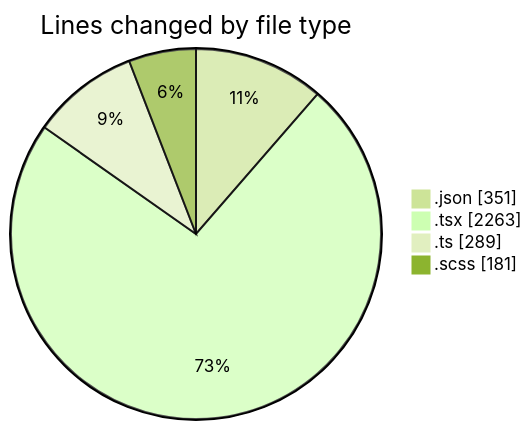
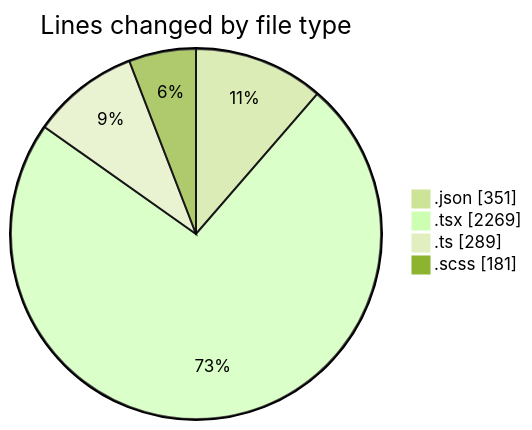
One commit to momahboobian/code-tracking changed the first of 2 diagrams in 2026-04-22/cda/README.md. Above: the diagram before and after it, drawn with Mermaid (forest theme). The commit also changed other lines of this file and 1 other file, not shown here.

````diff
--- a/2026-04-22/cda/README.md
+++ b/2026-04-22/cda/README.md
@@ -44,8 +44,8 @@
 ```mermaid
 pie showData
 title Lines changed by file type
 ".json" : 351
-".tsx" : 2263
+".tsx" : 2269
 ".ts" : 289
 ".scss" : 181
 ```
````
